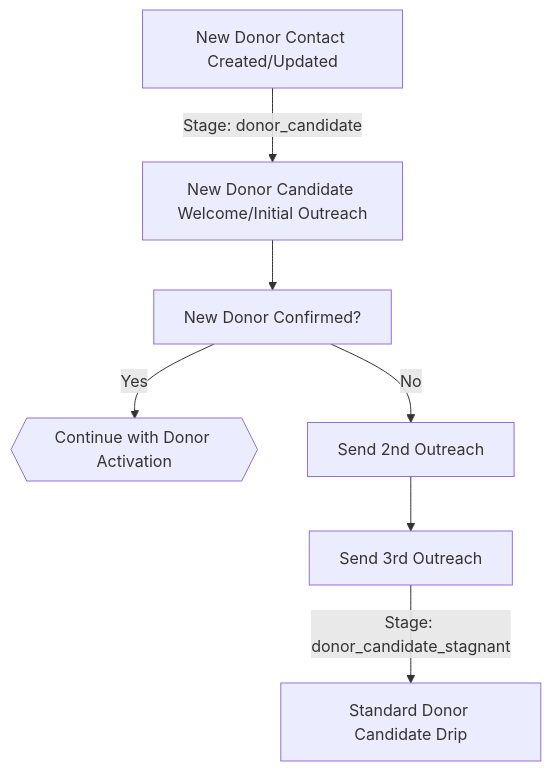
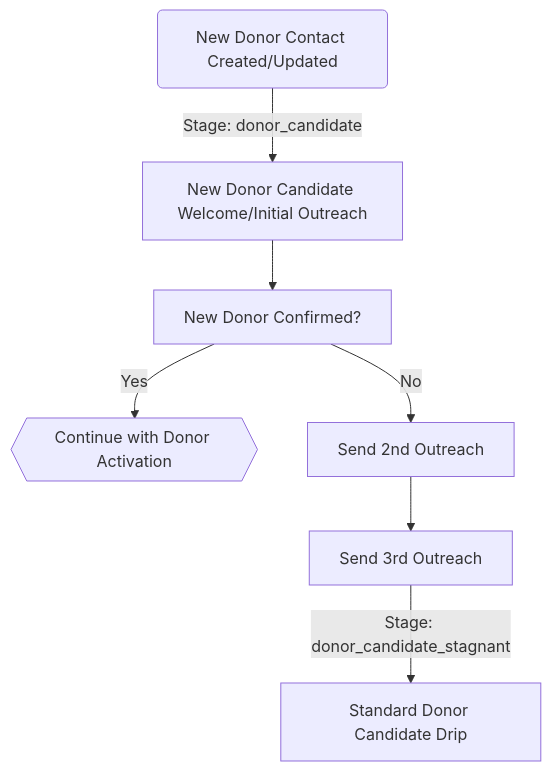
The first of 12 diagrams in app/Docs/Workflows.md (Apistolic/boh-larament), drawn with Mermaid before and after one commit. The commit also changed other lines of this file, not shown here.

````diff
--- a/app/Docs/Workflows.md
+++ b/app/Docs/Workflows.md
@@ -11,10 +11,10 @@
 ```mermaid
 flowchart TD
     %% New Donor Candidate Process
-    A[New Donor Contact Created/Updated] -->|Stage: donor_candidate| B[New Donor Candidate Welcome/Initial Outreach]
+    A(New Donor Contact Created/Updated) -->|Stage: donor_candidate| B[New Donor Candidate Welcome/Initial Outreach]
     B --> C[New Donor Confirmed?]
     C --> |Yes| D{{Continue with Donor Activation}}
     C --> |No| E[Send 2nd Outreach]
     E --> F[Send 3rd Outreach]
     F --> |Stage: donor_candidate_stagnant| G[Standard Donor Candidate Drip]
 ```
````
